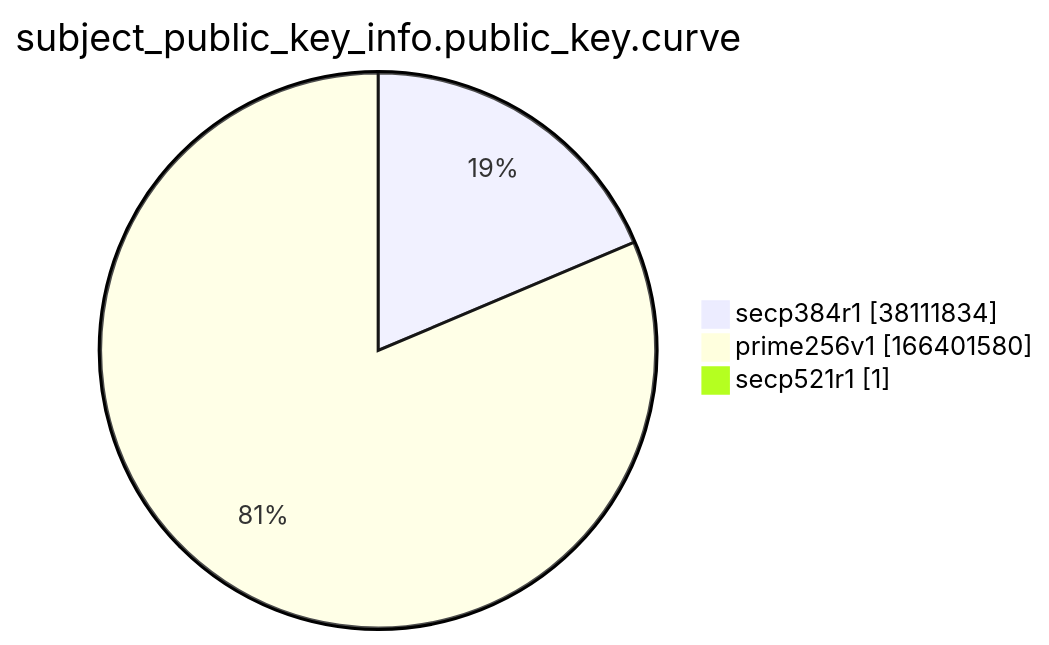
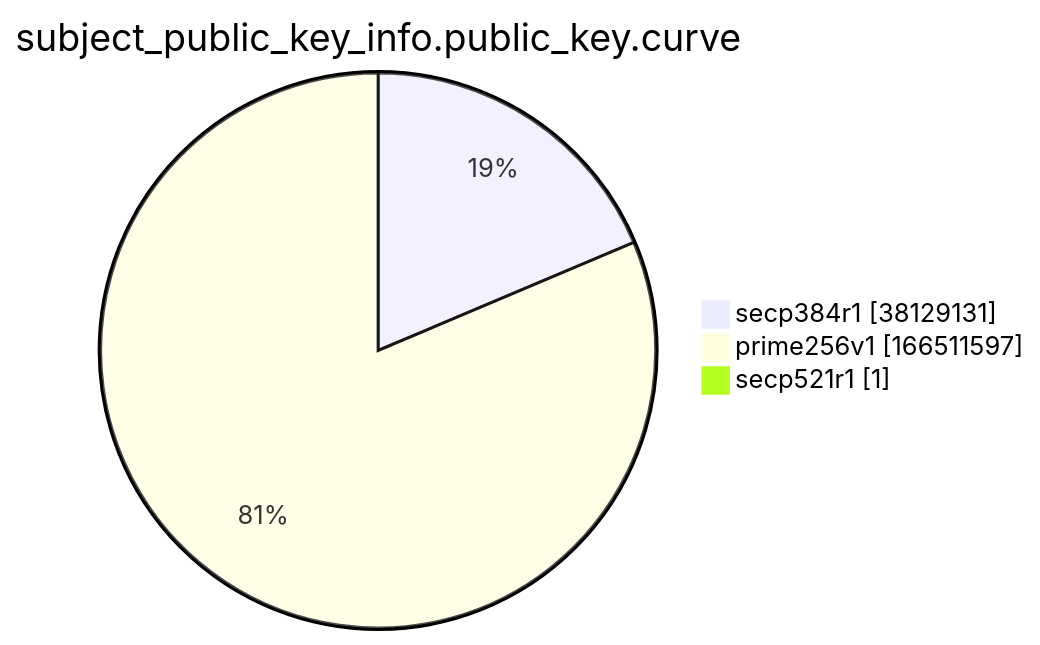
Before and after one commit to christiankrug/ctmonitor_visualization: the ninth of 15 diagrams in argon2022/README.md, drawn with Mermaid. The commit also changed other lines of this file, not shown here.

````diff
--- a/argon2022/README.md
+++ b/argon2022/README.md
@@ -2766,7 +2766,7 @@
 ```mermaid
 pie showData
 title subject_public_key_info.public_key.curve
-"secp384r1" :38111834
-"prime256v1" :166401580
+"secp384r1" :38129131
+"prime256v1" :166511597
 "secp521r1" :1
 ```
````
